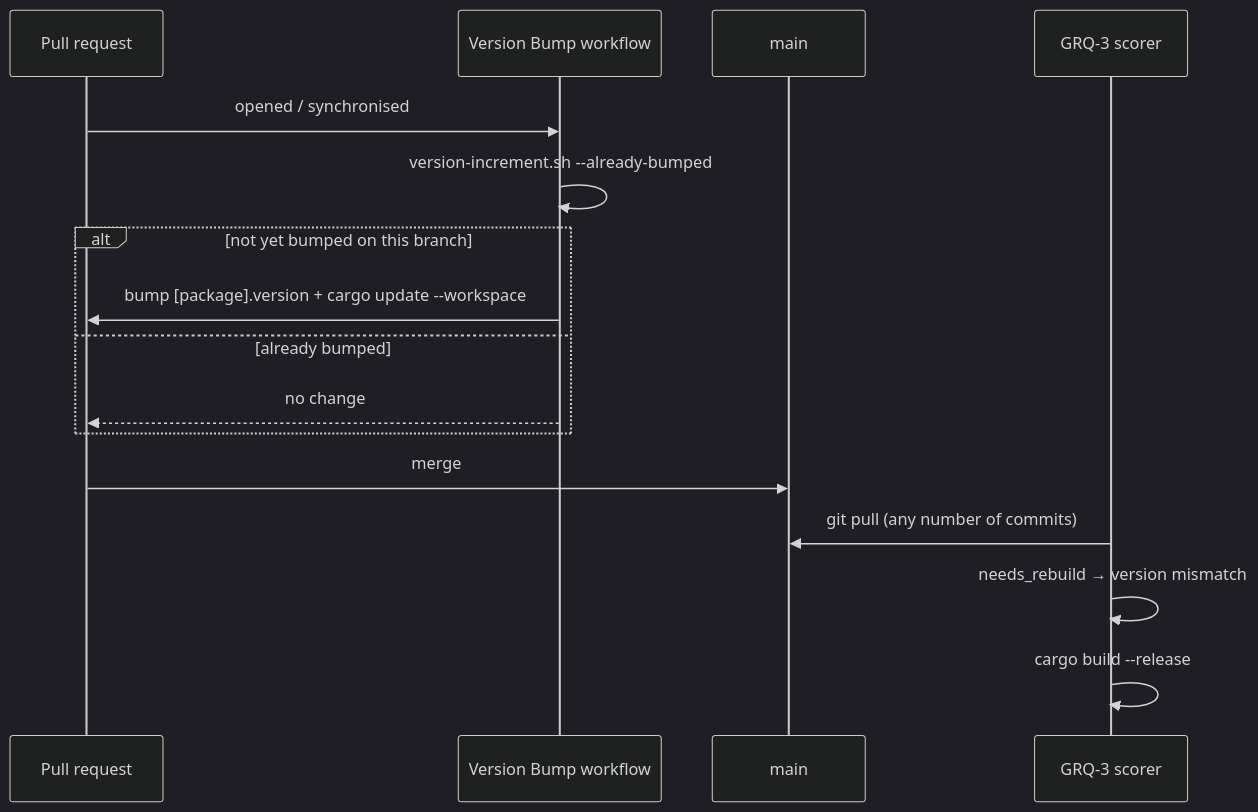
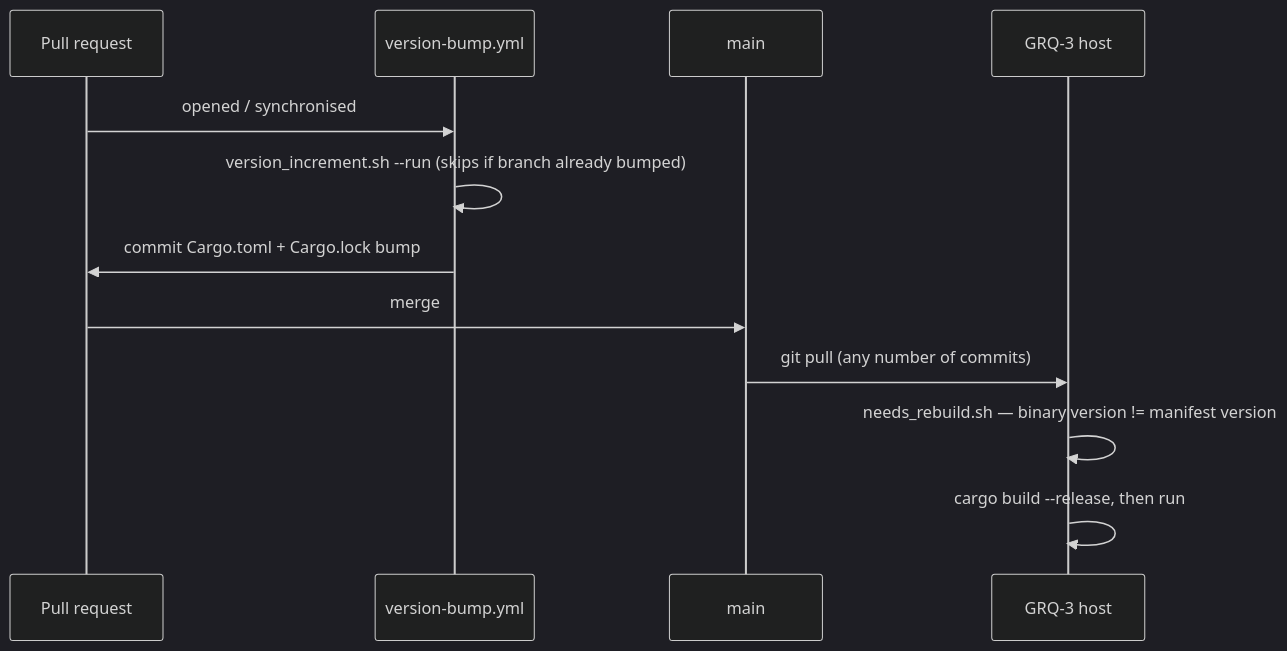
The second of 2 diagrams in docs/archive/pr-summaries/pr-summary-818.md (stSoftwareAU/GRQ-validation), drawn with Mermaid (dark theme) before and after one commit. The commit also changed other lines of this file, not shown here.

First line of the commit message:
docs: PR summary for the stale-binary rebuild fix (Issue #818)

````diff
--- a/docs/archive/pr-summaries/pr-summary-818.md
+++ b/docs/archive/pr-summaries/pr-summary-818.md
@@ -68,18 +106,14 @@
 ```mermaid
 sequenceDiagram
     participant PR as Pull request
-    participant CI as Version Bump workflow
-    participant Repo as main
-    participant Host as GRQ-3 scorer
+    participant CI as version-bump.yml
+    participant Main as main
+    participant Host as GRQ-3 host
     PR->>CI: opened / synchronised
-    CI->>CI: version-increment.sh --already-bumped
-    alt not yet bumped on this branch
-        CI->>PR: bump [package].version + cargo update --workspace
-    else already bumped
-        CI-->>PR: no change
-    end
-    PR->>Repo: merge
-    Host->>Repo: git pull (any number of commits)
-    Host->>Host: needs_rebuild → version mismatch
-    Host->>Host: cargo build --release
+    CI->>CI: version_increment.sh --run (skips if branch already bumped)
+    CI->>PR: commit Cargo.toml + Cargo.lock bump
+    PR->>Main: merge
+    Main->>Host: git pull (any number of commits)
+    Host->>Host: needs_rebuild.sh — binary version != manifest version
+    Host->>Host: cargo build --release, then run
 ```
````
